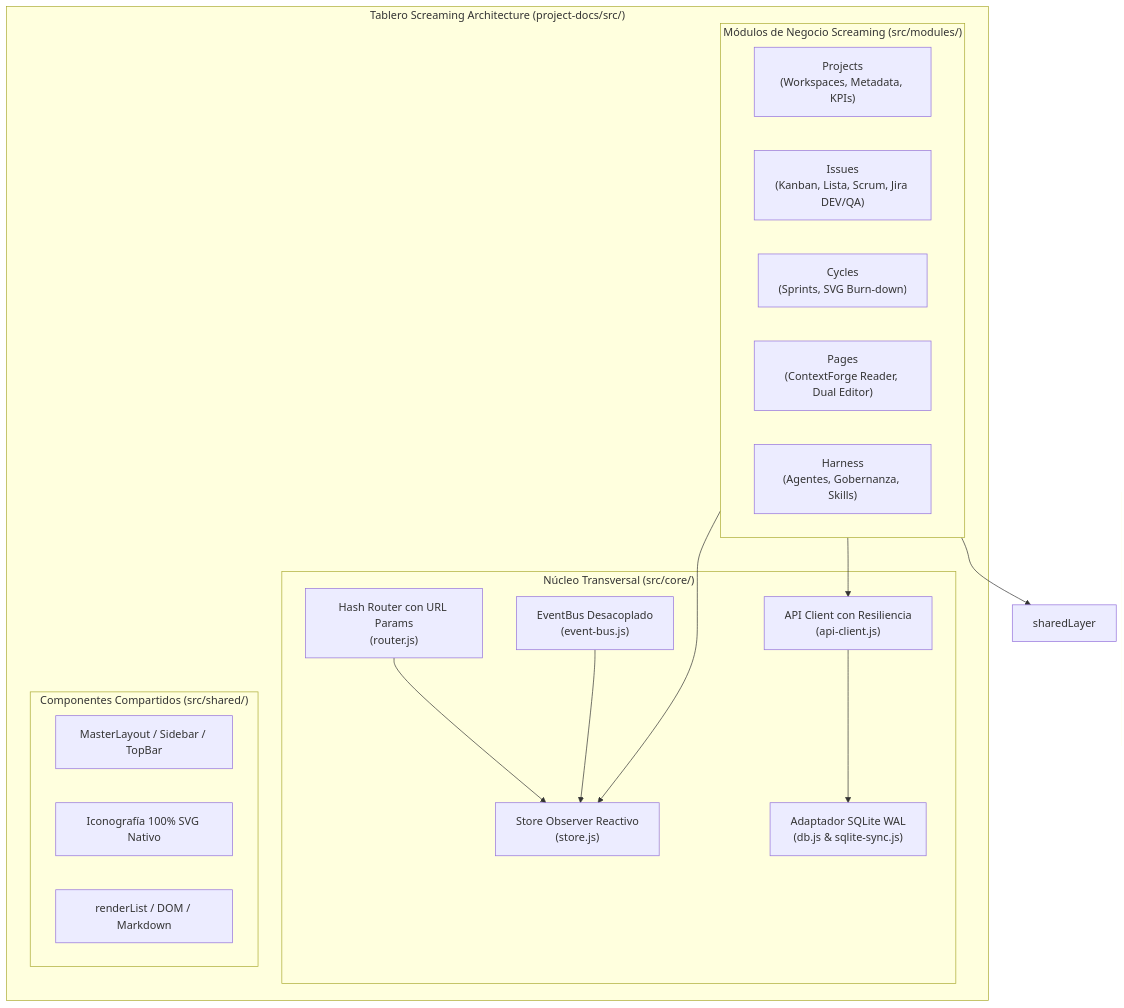
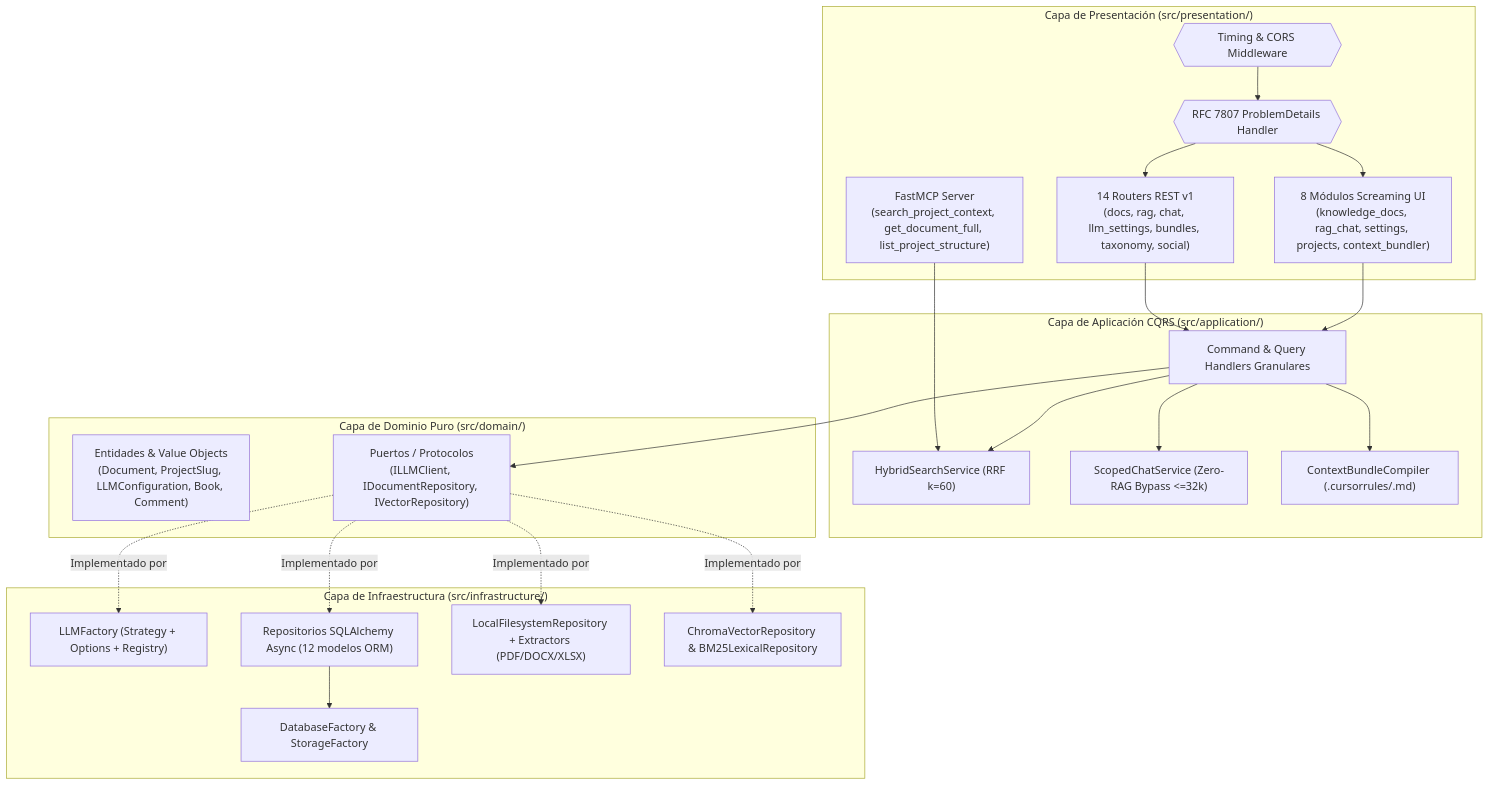
One commit to Nayid4/ContextForge changed the third of 4 diagrams in project-docs/knowledge/c4-model.md. Above: the diagram before and after it, drawn with Mermaid. The commit also changed other lines of this file and 708 other files, not shown here.

````diff
--- a/project-docs/knowledge/c4-model.md
+++ b/project-docs/knowledge/c4-model.md
@@ -77,33 +99,46 @@
 ```mermaid
 flowchart TD
-  subgraph ClientApp["Tablero Screaming Architecture (project-docs/src/)"]
-    subgraph CoreLayer["Núcleo Transversal (src/core/)"]
-      compStore["Store Observer Reactivo<br/>(store.js)"]
-      compRouter["Hash Router con URL Params<br/>(router.js)"]
-      compBus["EventBus Desacoplado<br/>(event-bus.js)"]
-      compClient["API Client con Resiliencia<br/>(api-client.js)"]
-      compSqlite["Adaptador SQLite WAL<br/>(db.js & sqlite-sync.js)"]
-    end
-
-    subgraph DomainModules["Módulos de Negocio Screaming (src/modules/)"]
-      modProjects["Projects<br/>(Workspaces, Metadata, KPIs)"]
-      modIssues["Issues<br/>(Kanban, Lista, Scrum, Jira DEV/QA)"]
-      modCycles["Cycles<br/>(Sprints, SVG Burn-down)"]
-      modPages["Pages<br/>(ContextForge Reader, Dual Editor)"]
-      modHarness["Harness<br/>(Agentes, Gobernanza, Skills)"]
-    end
-
-    subgraph SharedLayer["Componentes Compartidos (src/shared/)"]
-      sharedLayout["MasterLayout / Sidebar / TopBar"]
-      sharedIcons["Iconografía 100% SVG Nativo"]
-      sharedUtils["renderList / DOM / Markdown"]
-    end
+  subgraph PresentationLayer["Capa de Presentación (src/presentation/)"]
+    mwTiming{{"Timing & CORS Middleware"}}
+    mwProblem{{"RFC 7807 ProblemDetails Handler"}}
+    apiRouters["14 Routers REST v1<br/>(docs, rag, chat, llm_settings, bundles, taxonomy, social)"]
+    mcpServer["FastMCP Server<br/>(search_project_context, get_document_full, list_project_structure)"]
+    uiModules["8 Módulos Screaming UI<br/>(knowledge_docs, rag_chat, settings, projects, context_bundler)"]
   end
 
-  compRouter --> compStore
-  compBus --> compStore
-  DomainModules --> compStore
-  DomainModules --> compClient
-  compClient --> compSqlite
-  DomainModules --> sharedLayer
+  subgraph ApplicationLayer["Capa de Aplicación CQRS (src/application/)"]
+    cqrsHandlers["Command & Query Handlers Granulares"]
+    svcHybrid["HybridSearchService (RRF k=60)"]
+    svcScoped["ScopedChatService (Zero-RAG Bypass <=32k)"]
+    svcBundler["ContextBundleCompiler (.cursorrules/.md)"]
+  end
+
+  subgraph DomainLayer["Capa de Dominio Puro (src/domain/)"]
+    domEntities["Entidades & Value Objects<br/>(Document, ProjectSlug, LLMConfiguration, Book, Comment)"]
+    domPorts["Puertos / Protocolos<br/>(ILLMClient, IDocumentRepository, IVectorRepository)"]
+  end
+
+  subgraph InfraLayer["Capa de Infraestructura (src/infrastructure/)"]
+    facLlm["LLMFactory (Strategy + Options + Registry)"]
+    facDb["DatabaseFactory & StorageFactory"]
+    repoSql["Repositorios SQLAlchemy Async (12 modelos ORM)"]
+    repoFs["LocalFilesystemRepository + Extractors (PDF/DOCX/XLSX)"]
+    repoSearch["ChromaVectorRepository & BM25LexicalRepository"]
+  end
+
+  mwTiming --> mwProblem
+  mwProblem --> apiRouters
+  mwProblem --> uiModules
+  apiRouters --> cqrsHandlers
+  mcpServer --> svcHybrid
+  uiModules --> cqrsHandlers
+  cqrsHandlers --> svcHybrid
+  cqrsHandlers --> svcScoped
+  cqrsHandlers --> svcBundler
+  cqrsHandlers --> domPorts
+  domPorts -.->|"Implementado por"| facLlm
+  domPorts -.->|"Implementado por"| repoSql
+  domPorts -.->|"Implementado por"| repoFs
+  domPorts -.->|"Implementado por"| repoSearch
+  repoSql --> facDb
 ```
````
